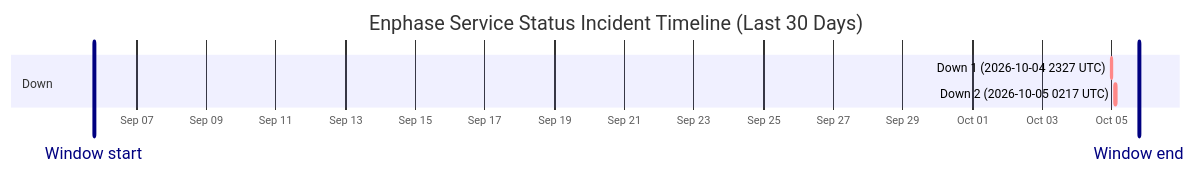
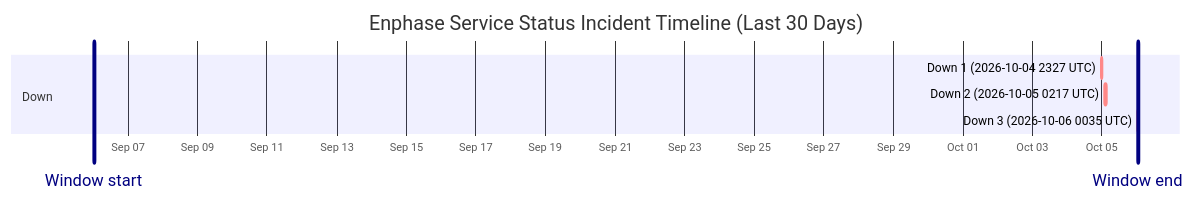
The diagram in wiki/Service-Status-History.md (barneyonline/ha-enphase-energy), drawn with Mermaid before and after one commit. The commit also changed other lines of this file and 5 other files, not shown here.

````diff
--- a/wiki/Service-Status-History.md
+++ b/wiki/Service-Status-History.md
@@ -14,11 +14,12 @@
 ```mermaid
 gantt
     title Enphase Service Status Incident Timeline (Last 30 Days)
     dateFormat  YYYY-MM-DDTHH:mm:ss
     axisFormat  %b %d
-    Window start :vert, window-start, 2026-09-05T18:45:01, 0ms
-    Window end :vert, window-end, 2026-10-05T18:45:01, 0ms
+    Window start :vert, window-start, 2026-09-06T00:35:21, 0ms
+    Window end :vert, window-end, 2026-10-06T00:35:21, 0ms
     section Down
     Down 1 (2026-10-04 2327 UTC) :crit, down-1, 2026-10-04T23:27:34, 60m
     Down 2 (2026-10-05 0217 UTC) :crit, down-2, 2026-10-05T02:17:30, 60m
+    Down 3 (2026-10-06 0035 UTC) :crit, down-3, 2026-10-06T00:35:21, 60m
 ```
````
